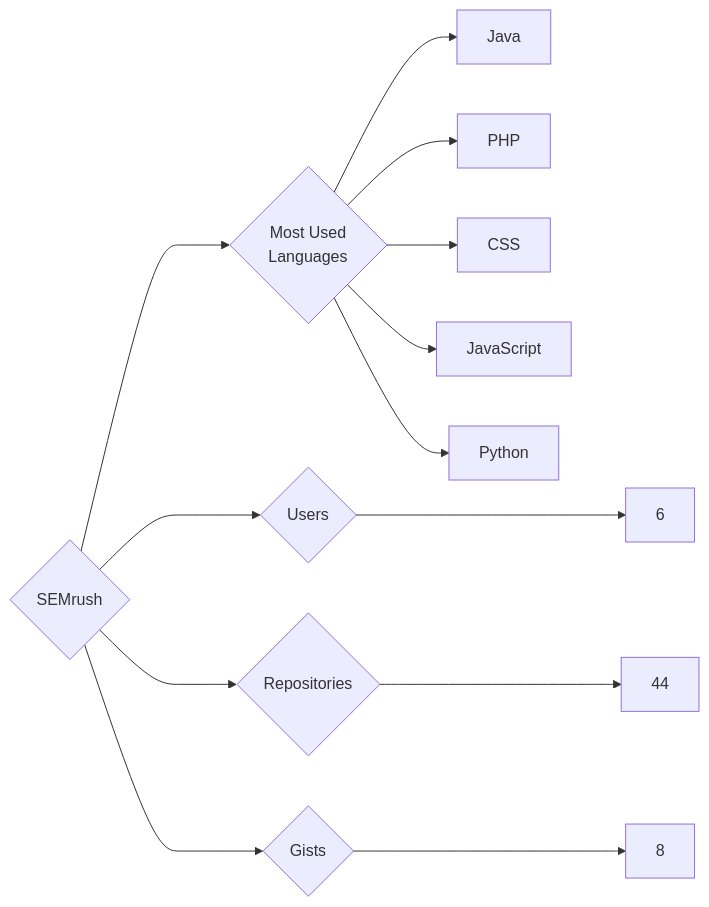
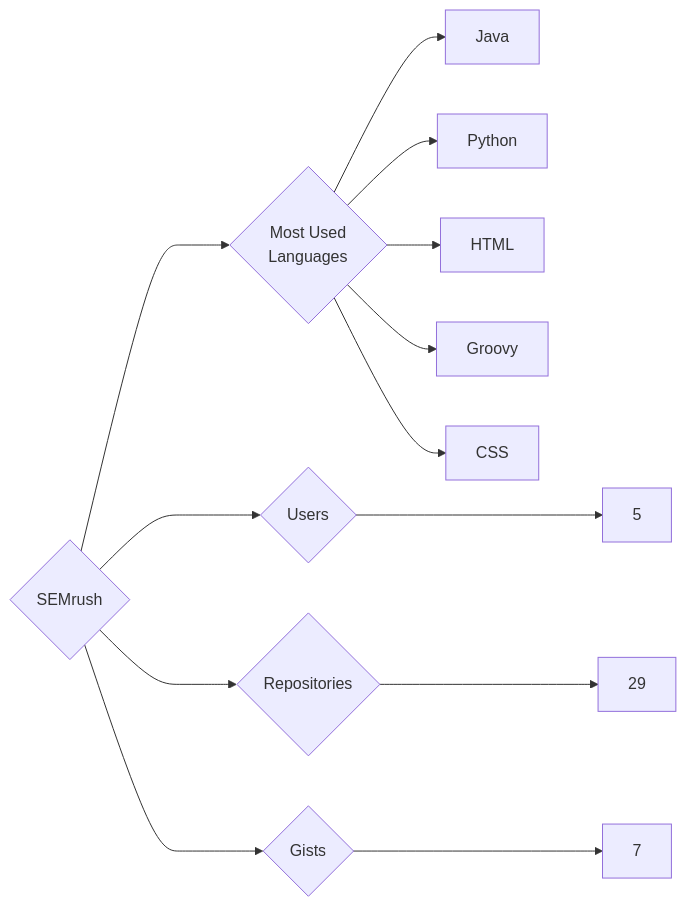
The diagram in targets/SEMrush/README.md (trickest/insiders), drawn with Mermaid before and after one commit. The commit also changed 953 other files, not shown here.

````diff
--- a/targets/SEMrush/README.md
+++ b/targets/SEMrush/README.md
@@ -3,13 +3,13 @@
 ```mermaid
 graph LR
 COMPANY_NAME{SEMrush}
-COMPANY_NAME ---> U{Users} ---> UN[6]
-COMPANY_NAME ---> R{Repositories} ---> RN[44]
-COMPANY_NAME ---> G{Gists} ---> GN[8]
+COMPANY_NAME ---> U{Users} ---> UN[5]
+COMPANY_NAME ---> R{Repositories} ---> RN[29]
+COMPANY_NAME ---> G{Gists} ---> GN[7]
 COMPANY_NAME ---> ML{Most Used<br>Languages}
 ML --> Java[Java]
-ML --> PHP[PHP]
+ML --> Python[Python]
+ML --> HTML[HTML]
+ML --> Groovy[Groovy]
 ML --> CSS[CSS]
-ML --> JavaScript[JavaScript]
-ML --> Python[Python]
 ```
````
